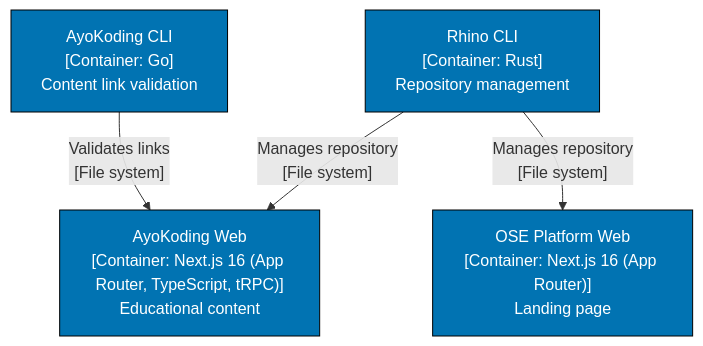
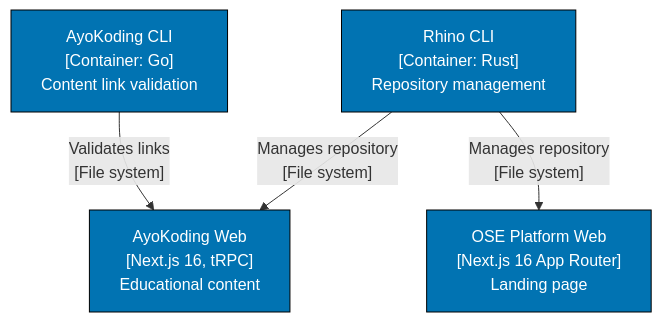
The first of 3 diagrams in docs/explanation/software-engineering/architecture/c4-architecture-model/nx-workspace-visualization.md (wahidyankf/baseerah), drawn with Mermaid before and after one commit. The commit also changed other lines of this file and 27 other files, not shown here.

````diff
--- a/docs/explanation/software-engineering/architecture/c4-architecture-model/nx-workspace-visualization.md
+++ b/docs/explanation/software-engineering/architecture/c4-architecture-model/nx-workspace-visualization.md
@@ -51,13 +51,13 @@
 ```mermaid
 graph TD
-    OseWeb["OSE Platform Web<br/>[Container: Next.js 16 (App Router)]<br/>Landing page"]:::blue
-    AyoWeb["AyoKoding Web<br/>[Container: Next.js 16 (App Router, TypeScript, tRPC)]<br/>Educational content"]:::blue
+    OseWeb["OSE Platform Web<br/>[Next.js 16 App Router]<br/>Landing page"]:::blue
+    AyoWeb["AyoKoding Web<br/>[Next.js 16, tRPC]<br/>Educational content"]:::blue
     AyoCLI["AyoKoding CLI<br/>[Container: Go]<br/>Content link validation"]:::blue
     RhinoCLI["Rhino CLI<br/>[Container: Rust]<br/>Repository management"]:::blue
 
     AyoCLI -->|"Validates links<br/>[File system]"| AyoWeb
     RhinoCLI -->|"Manages repository<br/>[File system]"| OseWeb
     RhinoCLI -->|"Manages repository<br/>[File system]"| AyoWeb
 
     classDef blue fill:#0173B2,stroke:#000,color:#FFF
 ```
````
